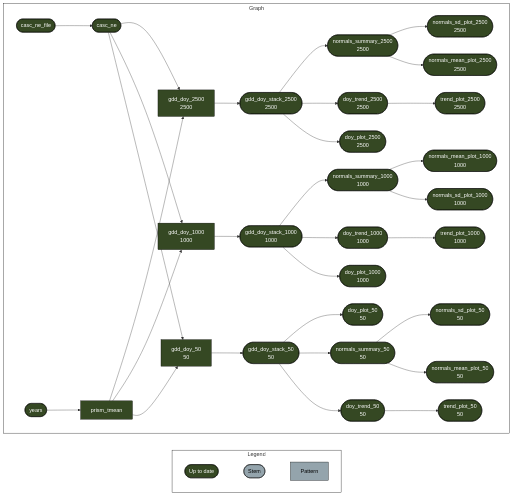
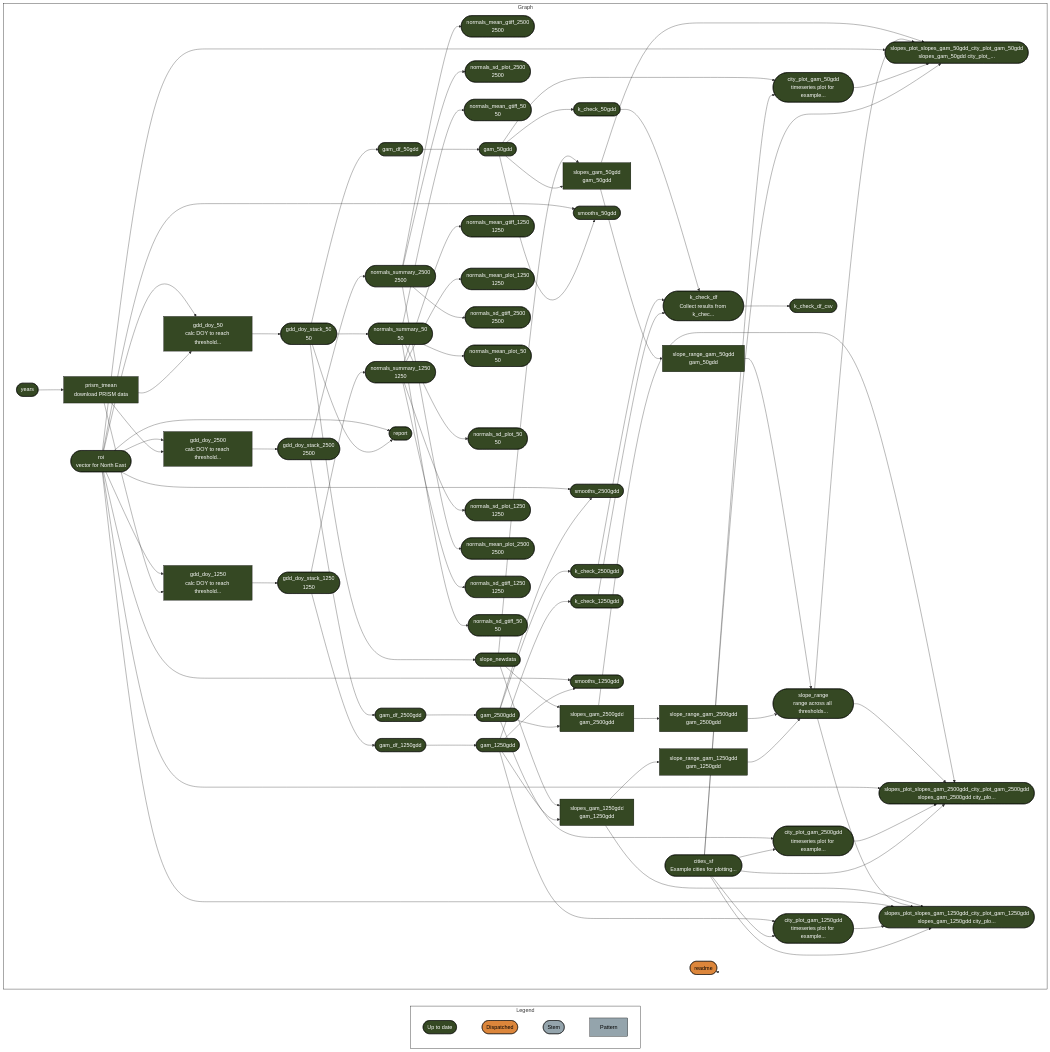
Before and after one commit to usa-npn/thermal-trends: the diagram in README.md, drawn with Mermaid. The commit also changed other lines of this file and 40 other files, not shown here.

````diff
--- a/README.md
+++ b/README.md
@@ -51,43 +56,99 @@
   style Graph fill:#FFFFFF00,stroke:#000000;
   subgraph Legend
     direction LR
-    xf1522833a4d242c5([""Up to date""]):::uptodate --- xd03d7c7dd2ddda2b([""Stem""]):::none
+    xf1522833a4d242c5([""Up to date""]):::uptodate --- xb6630624a7b3aa0f([""Dispatched""]):::dispatched
+    xb6630624a7b3aa0f([""Dispatched""]):::dispatched --- xd03d7c7dd2ddda2b([""Stem""]):::none
     xd03d7c7dd2ddda2b([""Stem""]):::none --- x6f7e04ea3427f824[""Pattern""]:::none
   end
   subgraph Graph
     direction LR
-    xff529209e87def7b["gdd_doy_1000<br>1000"]:::uptodate --> x46cc5bc3b6c68c1a(["gdd_doy_stack_1000<br>1000"]):::uptodate
-    x47d67438bee47c7b(["normals_summary_1000<br>1000"]):::uptodate --> xd1093b48fdaa3b26(["normals_mean_plot_1000<br>1000"]):::uptodate
+    xfdc192d56cd8f9ef(["normals_summary_2500<br>2500"]):::uptodate --> x57ccbb18d53b398f(["normals_mean_gtiff_2500<br>2500"]):::uptodate
+    xc8e128aab3cd4a9e["gdd_doy_1250<br>calc DOY to reach threshold..."]:::uptodate --> x6190f8a1d165fd4b(["gdd_doy_stack_1250<br>1250"]):::uptodate
+    x2f4c106bb92a3f7f(["gam_df_50gdd"]):::uptodate --> x270191fc54049f46(["gam_50gdd"]):::uptodate
+    x270191fc54049f46(["gam_50gdd"]):::uptodate --> xb1f1af046ce0f5f4(["k_check_50gdd"]):::uptodate
+    xfdc192d56cd8f9ef(["normals_summary_2500<br>2500"]):::uptodate --> x387144ee5a388fce(["normals_sd_plot_2500<br>2500"]):::uptodate
+    x21326ed6e10cd0d0(["gdd_doy_stack_2500<br>2500"]):::uptodate --> x4a4c5b117a150179(["gam_df_2500gdd"]):::uptodate
+    xd87e155a2058b73d(["normals_summary_50<br>50"]):::uptodate --> xc7a535d2781491db(["normals_mean_gtiff_50<br>50"]):::uptodate
+    x0b494d9bc4b357f4(["gdd_doy_stack_50<br>50"]):::uptodate --> x2315814e27faae1c(["slope_newdata"]):::uptodate
+    x01722e698f2e7985(["cities_sf<br>Example cities for plotting..."]):::uptodate --> xfc3b6bdcddc13624(["slopes_plot_slopes_gam_50gdd_city_plot_gam_50gdd<br>slopes_gam_50gdd city_plot_..."]):::uptodate
+    xc95f5b57457f5bc5(["city_plot_gam_50gdd<br>timeseries plot for example..."]):::uptodate --> xfc3b6bdcddc13624(["slopes_plot_slopes_gam_50gdd_city_plot_gam_50gdd<br>slopes_gam_50gdd city_plot_..."]):::uptodate
+    x73ccc223e5bb7e64(["roi<br>vector for North East"]):::uptodate --> xfc3b6bdcddc13624(["slopes_plot_slopes_gam_50gdd_city_plot_gam_50gdd<br>slopes_gam_50gdd city_plot_..."]):::uptodate
+    xe6f074eed19231c1(["slope_range<br>range across all thresholds..."]):::uptodate --> xfc3b6bdcddc13624(["slopes_plot_slopes_gam_50gdd_city_plot_gam_50gdd<br>slopes_gam_50gdd city_plot_..."]):::uptodate
+    xf31f386f0c8bf37c["slopes_gam_50gdd<br>gam_50gdd"]:::uptodate --> xfc3b6bdcddc13624(["slopes_plot_slopes_gam_50gdd_city_plot_gam_50gdd<br>slopes_gam_50gdd city_plot_..."]):::uptodate
+    xad066c3293ce714c(["gam_df_1250gdd"]):::uptodate --> x2c39659f61437218(["gam_1250gdd"]):::uptodate
+    x3d3a34fc9d50fc8b(["normals_summary_1250<br>1250"]):::uptodate --> x0d02102f0fd46b6e(["normals_mean_gtiff_1250<br>1250"]):::uptodate
+    x3d3a34fc9d50fc8b(["normals_summary_1250<br>1250"]):::uptodate --> x5bd215076381efc6(["normals_mean_plot_1250<br>1250"]):::uptodate
+    x01722e698f2e7985(["cities_sf<br>Example cities for plotting..."]):::uptodate --> x786b02bcc3d103ac(["slopes_plot_slopes_gam_2500gdd_city_plot_gam_2500gdd<br>slopes_gam_2500gdd city_plo..."]):::uptodate
+    xda24f67f6edd1cdb(["city_plot_gam_2500gdd<br>timeseries plot for example..."]):::uptodate --> x786b02bcc3d103ac(["slopes_plot_slopes_gam_2500gdd_city_plot_gam_2500gdd<br>slopes_gam_2500gdd city_plo..."]):::uptodate
+    x73ccc223e5bb7e64(["roi<br>vector for North East"]):::uptodate --> x786b02bcc3d103ac(["slopes_plot_slopes_gam_2500gdd_city_plot_gam_2500gdd<br>slopes_gam_2500gdd city_plo..."]):::uptodate
+    xe6f074eed19231c1(["slope_range<br>range across all thresholds..."]):::uptodate --> x786b02bcc3d103ac(["slopes_plot_slopes_gam_2500gdd_city_plot_gam_2500gdd<br>slopes_gam_2500gdd city_plo..."]):::uptodate
+    x37340903c56c0aa4["slopes_gam_2500gdd<br>gam_2500gdd"]:::uptodate --> x786b02bcc3d103ac(["slopes_plot_slopes_gam_2500gdd_city_plot_gam_2500gdd<br>slopes_gam_2500gdd city_plo..."]):::uptodate
+    xfdc192d56cd8f9ef(["normals_summary_2500<br>2500"]):::uptodate --> x76a0d248ffe930fc(["normals_sd_gtiff_2500<br>2500"]):::uptodate
+    x0b494d9bc4b357f4(["gdd_doy_stack_50<br>50"]):::uptodate --> xb72891f20a5b8df1(["report"]):::uptodate
+    x73ccc223e5bb7e64(["roi<br>vector for North East"]):::uptodate --> xb72891f20a5b8df1(["report"]):::uptodate
+    x2c39659f61437218(["gam_1250gdd"]):::uptodate --> x94b5b91a7dfdd388["slopes_gam_1250gdd<br>gam_1250gdd"]:::uptodate
+    x2315814e27faae1c(["slope_newdata"]):::uptodate --> x94b5b91a7dfdd388["slopes_gam_1250gdd<br>gam_1250gdd"]:::uptodate
+    x0b494d9bc4b357f4(["gdd_doy_stack_50<br>50"]):::uptodate --> xd87e155a2058b73d(["normals_summary_50<br>50"]):::uptodate
+    x01722e698f2e7985(["cities_sf<br>Example cities for plotting..."]):::uptodate --> xc95f5b57457f5bc5(["city_plot_gam_50gdd<br>timeseries plot for example..."]):::uptodate
+    x270191fc54049f46(["gam_50gdd"]):::uptodate --> xc95f5b57457f5bc5(["city_plot_gam_50gdd<br>timeseries plot for example..."]):::uptodate
     x21326ed6e10cd0d0(["gdd_doy_stack_2500<br>2500"]):::uptodate --> xfdc192d56cd8f9ef(["normals_summary_2500<br>2500"]):::uptodate
-    x21326ed6e10cd0d0(["gdd_doy_stack_2500<br>2500"]):::uptodate --> xe29a7570fd64b783(["doy_trend_2500<br>2500"]):::uptodate
-    x21326ed6e10cd0d0(["gdd_doy_stack_2500<br>2500"]):::uptodate --> x07c639dff4c1c0c9(["doy_plot_2500<br>2500"]):::uptodate
-    x6976cced396df4c9(["casc_ne"]):::uptodate --> x28c62ae9542e7849["gdd_doy_2500<br>2500"]:::uptodate
-    xf1e1014b1abe0030["prism_tmean"]:::uptodate --> x28c62ae9542e7849["gdd_doy_2500<br>2500"]:::uptodate
-    xb106621904434716(["casc_ne_file"]):::uptodate --> x6976cced396df4c9(["casc_ne"]):::uptodate
-    x05f2370eca178222(["doy_trend_1000<br>1000"]):::uptodate --> x31a3593b535e23c4(["trend_plot_1000<br>1000"]):::uptodate
+    x01722e698f2e7985(["cities_sf<br>Example cities for plotting..."]):::uptodate --> xb95f4280bc225cb6(["slopes_plot_slopes_gam_1250gdd_city_plot_gam_1250gdd<br>slopes_gam_1250gdd city_plo..."]):::uptodate
+    x79affb5734531b9e(["city_plot_gam_1250gdd<br>timeseries plot for example..."]):::uptodate --> xb95f4280bc225cb6(["slopes_plot_slopes_gam_1250gdd_city_plot_gam_1250gdd<br>slopes_gam_1250gdd city_plo..."]):::uptodate
+    x73ccc223e5bb7e64(["roi<br>vector for North East"]):::uptodate --> xb95f4280bc225cb6(["slopes_plot_slopes_gam_1250gdd_city_plot_gam_1250gdd<br>slopes_gam_1250gdd city_plo..."]):::uptodate
+    xe6f074eed19231c1(["slope_range<br>range across all thresholds..."]):::uptodate --> xb95f4280bc225cb6(["slopes_plot_slopes_gam_1250gdd_city_plot_gam_1250gdd<br>slopes_gam_1250gdd city_plo..."]):::uptodate
+    x94b5b91a7dfdd388["slopes_gam_1250gdd<br>gam_1250gdd"]:::uptodate --> xb95f4280bc225cb6(["slopes_plot_slopes_gam_1250gdd_city_plot_gam_1250gdd<br>slopes_gam_1250gdd city_plo..."]):::uptodate
+    xf9ac23fbc741da6f(["years"]):::uptodate --> xf1e1014b1abe0030["prism_tmean<br>download PRISM data"]:::uptodate
+    xd87e155a2058b73d(["normals_summary_50<br>50"]):::uptodate --> xb6b5b21811b62e8e(["normals_mean_plot_50<br>50"]):::uptodate
     xd87e155a2058b73d(["normals_summary_50<br>50"]):::uptodate --> xd07aca72e6461b3b(["normals_sd_plot_50<br>50"]):::uptodate
-    x08bdbd4f78dad638(["doy_trend_50<br>50"]):::uptodate --> x5a26c52d2d28f1dc(["trend_plot_50<br>50"]):::uptodate
-    xd87e155a2058b73d(["normals_summary_50<br>50"]):::uptodate --> xb6b5b21811b62e8e(["normals_mean_plot_50<br>50"]):::uptodate
-    x0b494d9bc4b357f4(["gdd_doy_stack_50<br>50"]):::uptodate --> x233d6af147d6e9d1(["doy_plot_50<br>50"]):::uptodate
-    x0b494d9bc4b357f4(["gdd_doy_stack_50<br>50"]):::uptodate --> xd87e155a2058b73d(["normals_summary_50<br>50"]):::uptodate
-    x46cc5bc3b6c68c1a(["gdd_doy_stack_1000<br>1000"]):::uptodate --> x47d67438bee47c7b(["normals_summary_1000<br>1000"]):::uptodate
-    x46cc5bc3b6c68c1a(["gdd_doy_stack_1000<br>1000"]):::uptodate --> x05f2370eca178222(["doy_trend_1000<br>1000"]):::uptodate
-    x46cc5bc3b6c68c1a(["gdd_doy_stack_1000<br>1000"]):::uptodate --> x2c8ecb326142bdff(["doy_plot_1000<br>1000"]):::uptodate
-    xfdc192d56cd8f9ef(["normals_summary_2500<br>2500"]):::uptodate --> x387144ee5a388fce(["normals_sd_plot_2500<br>2500"]):::uptodate
-    x28c62ae9542e7849["gdd_doy_2500<br>2500"]:::uptodate --> x21326ed6e10cd0d0(["gdd_doy_stack_2500<br>2500"]):::uptodate
-    x786a1a0a06ddc553["gdd_doy_50<br>50"]:::uptodate --> x0b494d9bc4b357f4(["gdd_doy_stack_50<br>50"]):::uptodate
+    x270191fc54049f46(["gam_50gdd"]):::uptodate --> xf837d70f2f7feef5(["smooths_50gdd"]):::uptodate
+    x73ccc223e5bb7e64(["roi<br>vector for North East"]):::uptodate --> xf837d70f2f7feef5(["smooths_50gdd"]):::uptodate
+    x01722e698f2e7985(["cities_sf<br>Example cities for plotting..."]):::uptodate --> xda24f67f6edd1cdb(["city_plot_gam_2500gdd<br>timeseries plot for example..."]):::uptodate
+    xa0831ffe9c612a85(["gam_2500gdd"]):::uptodate --> xda24f67f6edd1cdb(["city_plot_gam_2500gdd<br>timeseries plot for example..."]):::uptodate
+    x37340903c56c0aa4["slopes_gam_2500gdd<br>gam_2500gdd"]:::uptodate --> xc85fbf33cef0954b["slope_range_gam_2500gdd<br>gam_2500gdd"]:::uptodate
+    x01722e698f2e7985(["cities_sf<br>Example cities for plotting..."]):::uptodate --> x79affb5734531b9e(["city_plot_gam_1250gdd<br>timeseries plot for example..."]):::uptodate
+    x2c39659f61437218(["gam_1250gdd"]):::uptodate --> x79affb5734531b9e(["city_plot_gam_1250gdd<br>timeseries plot for example..."]):::uptodate
+    xa0831ffe9c612a85(["gam_2500gdd"]):::uptodate --> xe9853415eb8396c2(["smooths_2500gdd"]):::uptodate
+    x73ccc223e5bb7e64(["roi<br>vector for North East"]):::uptodate --> xe9853415eb8396c2(["smooths_2500gdd"]):::uptodate
+    xa0831ffe9c612a85(["gam_2500gdd"]):::uptodate --> xf3d5d15e350d5eab(["k_check_2500gdd"]):::uptodate
+    x3d3a34fc9d50fc8b(["normals_summary_1250<br>1250"]):::uptodate --> x52d1c684028d6d97(["normals_sd_plot_1250<br>1250"]):::uptodate
+    x6190f8a1d165fd4b(["gdd_doy_stack_1250<br>1250"]):::uptodate --> xad066c3293ce714c(["gam_df_1250gdd"]):::uptodate
+    x0b494d9bc4b357f4(["gdd_doy_stack_50<br>50"]):::uptodate --> x2f4c106bb92a3f7f(["gam_df_50gdd"]):::uptodate
+    x4a4c5b117a150179(["gam_df_2500gdd"]):::uptodate --> xa0831ffe9c612a85(["gam_2500gdd"]):::uptodate
+    xbb97ce3cab68ba80(["k_check_1250gdd"]):::uptodate --> x2fbab7231f35281f(["k_check_df<br>Collect results from k_chec..."]):::uptodate
+    xf3d5d15e350d5eab(["k_check_2500gdd"]):::uptodate --> x2fbab7231f35281f(["k_check_df<br>Collect results from k_chec..."]):::uptodate
+    xb1f1af046ce0f5f4(["k_check_50gdd"]):::uptodate --> x2fbab7231f35281f(["k_check_df<br>Collect results from k_chec..."]):::uptodate
+    x786a1a0a06ddc553["gdd_doy_50<br>calc DOY to reach threshold..."]:::uptodate --> x0b494d9bc4b357f4(["gdd_doy_stack_50<br>50"]):::uptodate
+    x94b5b91a7dfdd388["slopes_gam_1250gdd<br>gam_1250gdd"]:::uptodate --> xcf52529221f59757["slope_range_gam_1250gdd<br>gam_1250gdd"]:::uptodate
+    x270191fc54049f46(["gam_50gdd"]):::uptodate --> xf31f386f0c8bf37c["slopes_gam_50gdd<br>gam_50gdd"]:::uptodate
+    x2315814e27faae1c(["slope_newdata"]):::uptodate --> xf31f386f0c8bf37c["slopes_gam_50gdd<br>gam_50gdd"]:::uptodate
+    xf31f386f0c8bf37c["slopes_gam_50gdd<br>gam_50gdd"]:::uptodate --> x4b457197d87408a3["slope_range_gam_50gdd<br>gam_50gdd"]:::uptodate
+    xf1e1014b1abe0030["prism_tmean<br>download PRISM data"]:::uptodate --> x786a1a0a06ddc553["gdd_doy_50<br>calc DOY to reach threshold..."]:::uptodate
+    x73ccc223e5bb7e64(["roi<br>vector for North East"]):::uptodate --> x786a1a0a06ddc553["gdd_doy_50<br>calc DOY to reach threshold..."]:::uptodate
     xfdc192d56cd8f9ef(["normals_summary_2500<br>2500"]):::uptodate --> xa1c9e5079d21856f(["normals_mean_plot_2500<br>2500"]):::uptodate
-    xf9ac23fbc741da6f(["years"]):::uptodate --> xf1e1014b1abe0030["prism_tmean"]:::uptodate
-    x6976cced396df4c9(["casc_ne"]):::uptodate --> xff529209e87def7b["gdd_doy_1000<br>1000"]:::uptodate
-    xf1e1014b1abe0030["prism_tmean"]:::uptodate --> xff529209e87def7b["gdd_doy_1000<br>1000"]:::uptodate
-    x47d67438bee47c7b(["normals_summary_1000<br>1000"]):::uptodate --> x042637b768dd479e(["normals_sd_plot_1000<br>1000"]):::uptodate
-    x0b494d9bc4b357f4(["gdd_doy_stack_50<br>50"]):::uptodate --> x08bdbd4f78dad638(["doy_trend_50<br>50"]):::uptodate
-    xe29a7570fd64b783(["doy_trend_2500<br>2500"]):::uptodate --> x4a7371f634a1c6ee(["trend_plot_2500<br>2500"]):::uptodate
-    x6976cced396df4c9(["casc_ne"]):::uptodate --> x786a1a0a06ddc553["gdd_doy_50<br>50"]:::uptodate
-    xf1e1014b1abe0030["prism_tmean"]:::uptodate --> x786a1a0a06ddc553["gdd_doy_50<br>50"]:::uptodate
+    x3d3a34fc9d50fc8b(["normals_summary_1250<br>1250"]):::uptodate --> xc70a663eb2f5555a(["normals_sd_gtiff_1250<br>1250"]):::uptodate
+    xf1e1014b1abe0030["prism_tmean<br>download PRISM data"]:::uptodate --> xc8e128aab3cd4a9e["gdd_doy_1250<br>calc DOY to reach threshold..."]:::uptodate
+    x73ccc223e5bb7e64(["roi<br>vector for North East"]):::uptodate --> xc8e128aab3cd4a9e["gdd_doy_1250<br>calc DOY to reach threshold..."]:::uptodate
+    x28c62ae9542e7849["gdd_doy_2500<br>calc DOY to reach threshold..."]:::uptodate --> x21326ed6e10cd0d0(["gdd_doy_stack_2500<br>2500"]):::uptodate
+    xcf52529221f59757["slope_range_gam_1250gdd<br>gam_1250gdd"]:::uptodate --> xe6f074eed19231c1(["slope_range<br>range across all thresholds..."]):::uptodate
+    xc85fbf33cef0954b["slope_range_gam_2500gdd<br>gam_2500gdd"]:::uptodate --> xe6f074eed19231c1(["slope_range<br>range across all thresholds..."]):::uptodate
+    x4b457197d87408a3["slope_range_gam_50gdd<br>gam_50gdd"]:::uptodate --> xe6f074eed19231c1(["slope_range<br>range across all thresholds..."]):::uptodate
+    x2fbab7231f35281f(["k_check_df<br>Collect results from k_chec..."]):::uptodate --> x34bbb91993920f80(["k_check_df_csv"]):::uptodate
+    x2c39659f61437218(["gam_1250gdd"]):::uptodate --> x8830e3e0882599a2(["smooths_1250gdd"]):::uptodate
+    x73ccc223e5bb7e64(["roi<br>vector for North East"]):::uptodate --> x8830e3e0882599a2(["smooths_1250gdd"]):::uptodate
+    x2c39659f61437218(["gam_1250gdd"]):::uptodate --> xbb97ce3cab68ba80(["k_check_1250gdd"]):::uptodate
+    x6190f8a1d165fd4b(["gdd_doy_stack_1250<br>1250"]):::uptodate --> x3d3a34fc9d50fc8b(["normals_summary_1250<br>1250"]):::uptodate
+    xd87e155a2058b73d(["normals_summary_50<br>50"]):::uptodate --> xeec74c9f0c9fa06a(["normals_sd_gtiff_50<br>50"]):::uptodate
+    xf1e1014b1abe0030["prism_tmean<br>download PRISM data"]:::uptodate --> x28c62ae9542e7849["gdd_doy_2500<br>calc DOY to reach threshold..."]:::uptodate
+    x73ccc223e5bb7e64(["roi<br>vector for North East"]):::uptodate --> x28c62ae9542e7849["gdd_doy_2500<br>calc DOY to reach threshold..."]:::uptodate
+    xa0831ffe9c612a85(["gam_2500gdd"]):::uptodate --> x37340903c56c0aa4["slopes_gam_2500gdd<br>gam_2500gdd"]:::uptodate
+    x2315814e27faae1c(["slope_newdata"]):::uptodate --> x37340903c56c0aa4["slopes_gam_2500gdd<br>gam_2500gdd"]:::uptodate
+    xc11069275cfeb620(["readme"]):::dispatched --> xc11069275cfeb620(["readme"]):::dispatched
   end
   classDef uptodate stroke:#000000,color:#ffffff,fill:#354823;
+  classDef dispatched stroke:#000000,color:#000000,fill:#DC863B;
   classDef none stroke:#000000,color:#000000,fill:#94a4ac;
   linkStyle 0 stroke-width:0px;
   linkStyle 1 stroke-width:0px;
+  linkStyle 2 stroke-width:0px;
+  linkStyle 83 stroke-width:0px;
 ```
````
